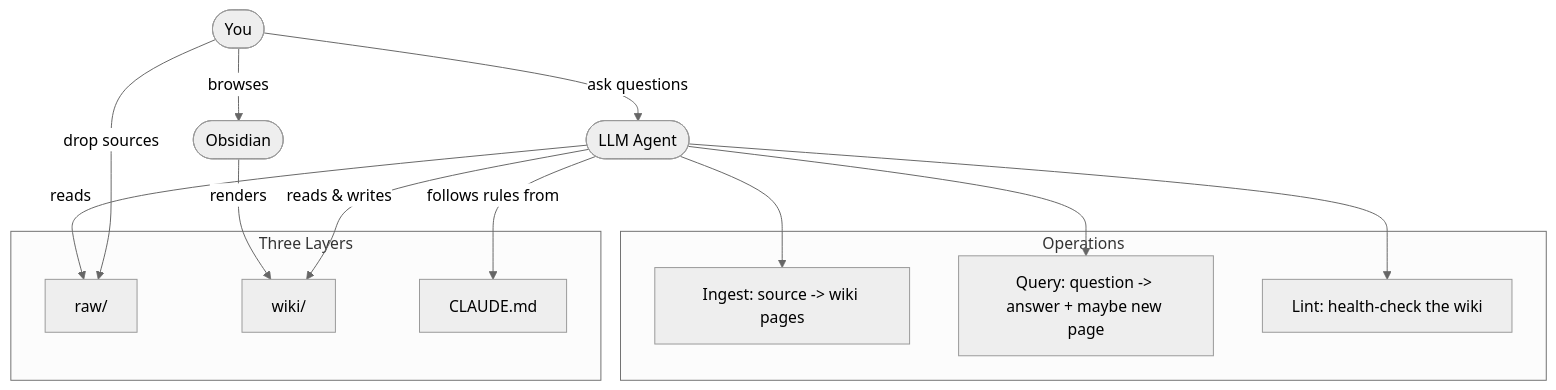
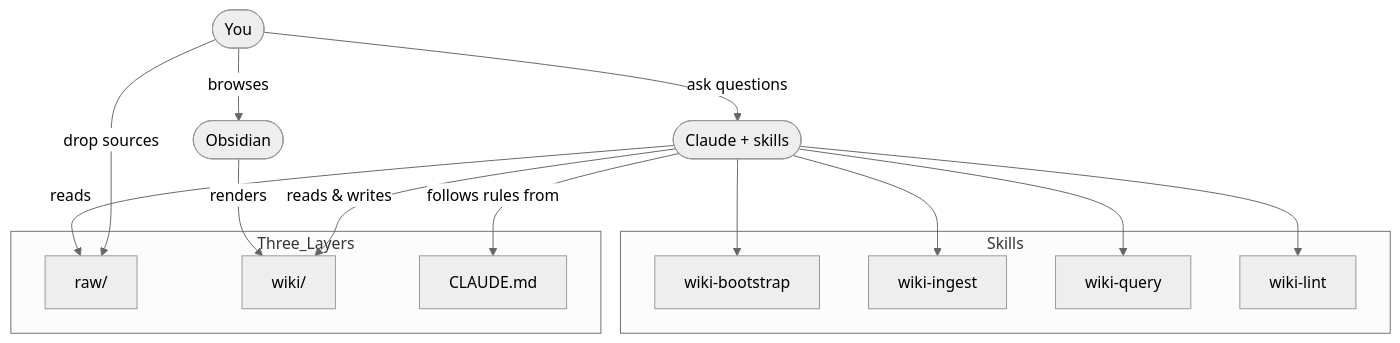
One commit to bmentges/knowledge-base-template changed the diagram in README.md. Above: the diagram before and after it, drawn with Mermaid (neutral theme). The commit also changed other lines of this file and 15 other files, not shown here.

First line of the commit message:
feat: convert template into llm-wiki Claude Code plugin

````diff
--- a/README.md
+++ b/README.md
@@ -107,26 +153,28 @@
 ```mermaid
 graph TD
     YOU([You]) -->|drop sources| RAW[raw/]
-    YOU -->|ask questions| LLM([LLM Agent])
-    LLM -->|reads| RAW
-    LLM -->|reads & writes| WIKI[wiki/]
-    LLM -->|follows rules from| SCHEMA[CLAUDE.md]
+    YOU -->|ask questions| CLAUDE([Claude + skills])
+    CLAUDE -->|reads| RAW
+    CLAUDE -->|reads & writes| WIKI[wiki/]
+    CLAUDE -->|follows rules from| SCHEMA[CLAUDE.md]
     YOU -->|browses| OBSIDIAN([Obsidian])
     OBSIDIAN -->|renders| WIKI
 
-    subgraph "Three Layers"
+    subgraph Three_Layers
         RAW
         WIKI
         SCHEMA
     end
 
-    subgraph "Operations"
-        INGEST[Ingest: source -> wiki pages]
-        QUERY[Query: question -> answer + maybe new page]
-        LINT[Lint: health-check the wiki]
+    subgraph Skills
+        BOOTSTRAP[wiki-bootstrap]
+        INGEST[wiki-ingest]
+        QUERY[wiki-query]
+        LINT[wiki-lint]
     end
 
-    LLM --> INGEST
-    LLM --> QUERY
-    LLM --> LINT
+    CLAUDE --> BOOTSTRAP
+    CLAUDE --> INGEST
+    CLAUDE --> QUERY
+    CLAUDE --> LINT
 ```
````
